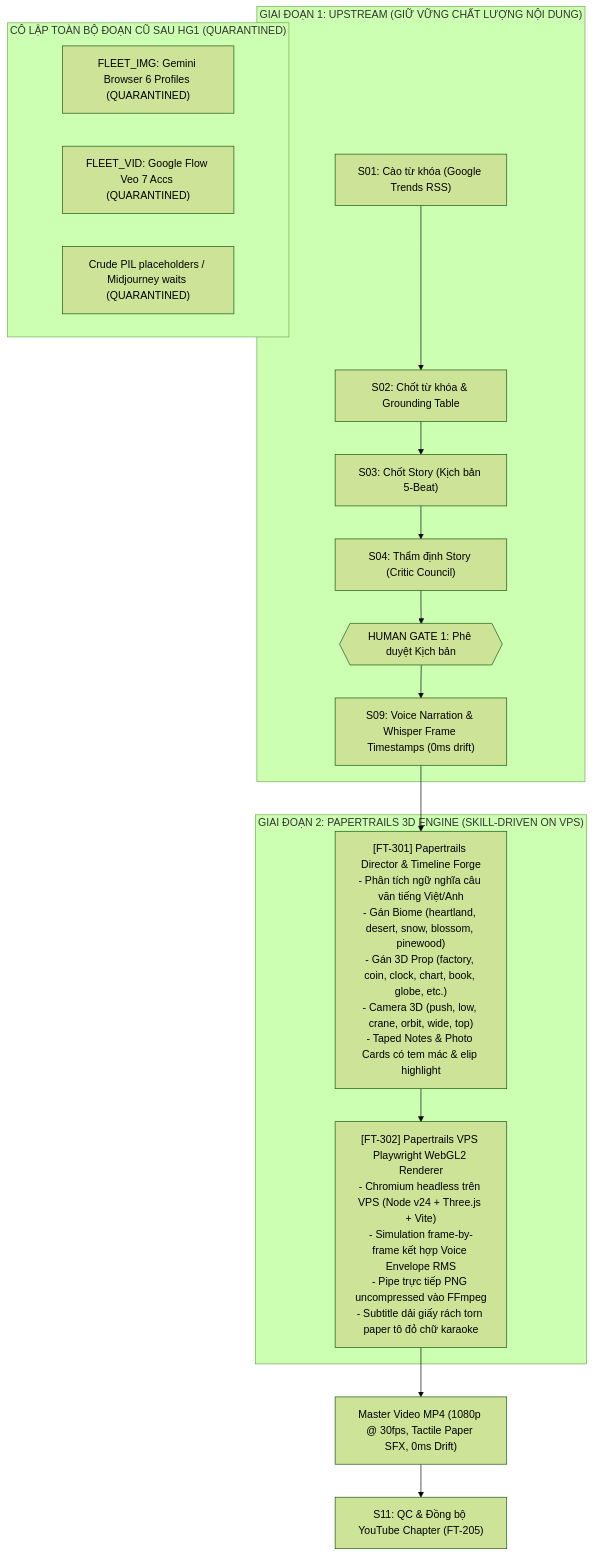
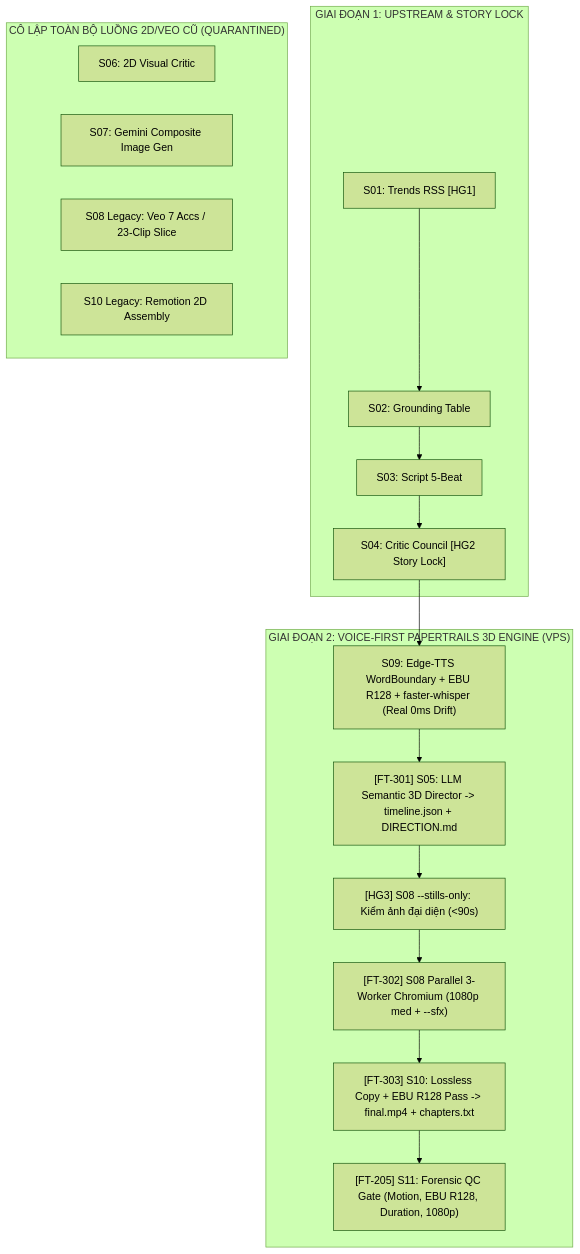
Before and after one commit to hoangdinhhungueh-droid/AI_Vifactory: the diagram in .harness/HARNESS.md, drawn with Mermaid (forest theme). The commit also changed other lines of this file and 31 other files, not shown here.

Commit message:
feat(papertrails): overhaul post-HG1 into Voice-First Papertrails 3D pipeline

````diff
--- a/.harness/HARNESS.md
+++ b/.harness/HARNESS.md
@@ -25,28 +27,27 @@
 ```mermaid
 flowchart TD
-    subgraph UPSTREAM["GIAI ĐOẠN 1: UPSTREAM (GIỮ VỮNG CHẤT LƯỢNG NỘI DUNG)"]
-        S01["S01: Cào từ khóa (Google Trends RSS)"] --> S02["S02: Chốt từ khóa & Grounding Table"]
-        S02 --> S03["S03: Chốt Story (Kịch bản 5-Beat)"]
-        S03 --> S04["S04: Thẩm định Story (Critic Council)"]
-        S04 --> HG1{{"HUMAN GATE 1: Phê duyệt Kịch bản"}}
-        HG1 --> S09["S09: Voice Narration & Whisper Frame Timestamps (0ms drift)"]
+    subgraph UPSTREAM["GIAI ĐOẠN 1: UPSTREAM & STORY LOCK"]
+        S01["S01: Trends RSS [HG1]"] --> S02["S02: Grounding Table"]
+        S02 --> S03["S03: Script 5-Beat"]
+        S03 --> S04["S04: Critic Council [HG2 Story Lock]"]
     end
 
-    subgraph ISOLATED["CÔ LẬP TOÀN BỘ ĐOẠN CŨ SAU HG1 (QUARANTINED)"]
-        OLD_IMG["FLEET_IMG: Gemini Browser 6 Profiles (QUARANTINED)"]
-        OLD_VEO["FLEET_VID: Google Flow Veo 7 Accs (QUARANTINED)"]
-        OLD_BOX["Crude PIL placeholders / Midjourney waits (QUARANTINED)"]
+    subgraph ISOLATED["CÔ LẬP TOÀN BỘ LUỒNG 2D/VEO CŨ (QUARANTINED)"]
+        OLD_S06["S06: 2D Visual Critic"]
+        OLD_S07["S07: Gemini Composite Image Gen"]
+        OLD_VEO["S08 Legacy: Veo 7 Accs / 23-Clip Slice"]
+        OLD_REM["S10 Legacy: Remotion 2D Assembly"]
     end
 
-    subgraph PAPERTRAILS["GIAI ĐOẠN 2: PAPERTRAILS 3D ENGINE (SKILL-DRIVEN ON VPS)"]
-        DIR["[FT-301] Papertrails Director & Timeline Forge<br/>- Phân tích ngữ nghĩa câu văn tiếng Việt/Anh<br/>- Gán Biome (heartland, desert, snow, blossom, pinewood)<br/>- Gán 3D Prop (factory, coin, clock, chart, book, globe, etc.)<br/>- Camera 3D (push, low, crane, orbit, wide, top)<br/>- Taped Notes & Photo Cards có tem mác & elip highlight"]
-        
-        VPS_RENDER["[FT-302] Papertrails VPS Playwright WebGL2 Renderer<br/>- Chromium headless trên VPS (Node v24 + Three.js + Vite)<br/>- Simulation frame-by-frame kết hợp Voice Envelope RMS<br/>- Pipe trực tiếp PNG uncompressed vào FFmpeg<br/>- Subtitle dải giấy rách torn paper tô đỏ chữ karaoke"]
-        
-        DIR --> VPS_RENDER
+    subgraph PAPERTRAILS["GIAI ĐOẠN 2: VOICE-FIRST PAPERTRAILS 3D ENGINE (VPS)"]
+        S09["S09: Edge-TTS WordBoundary + EBU R128 + faster-whisper (Real 0ms Drift)"]
+        S05["[FT-301] S05: LLM Semantic 3D Director -> timeline.json + DIRECTION.md"]
+        STILLS["[HG3] S08 --stills-only: Kiểm ảnh đại diện (<90s)"]
+        RENDER["[FT-302] S08 Parallel 3-Worker Chromium (1080p med + --sfx)"]
+        S10["[FT-303] S10: Lossless Copy + EBU R128 Pass -> final.mp4 + chapters.txt"]
+        S11["[FT-205] S11: Forensic QC Gate (Motion, EBU R128, Duration, 1080p)"]
+        S09 --> S05 --> STILLS --> RENDER --> S10 --> S11
     end
 
-    S09 --> DIR
-    VPS_RENDER --> FINAL["Master Video MP4 (1080p @ 30fps, Tactile Paper SFX, 0ms Drift)"]
-    FINAL --> S11["S11: QC & Đồng bộ YouTube Chapter (FT-205)"]
+    S04 --> S09
 ```
````
